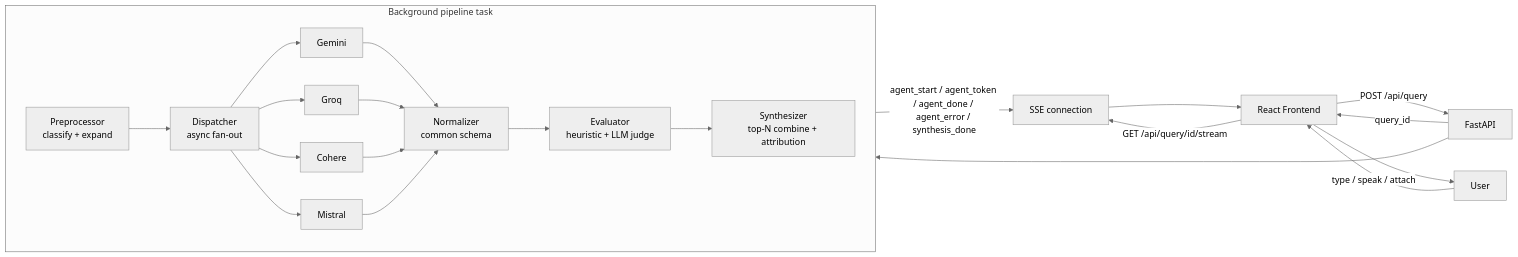
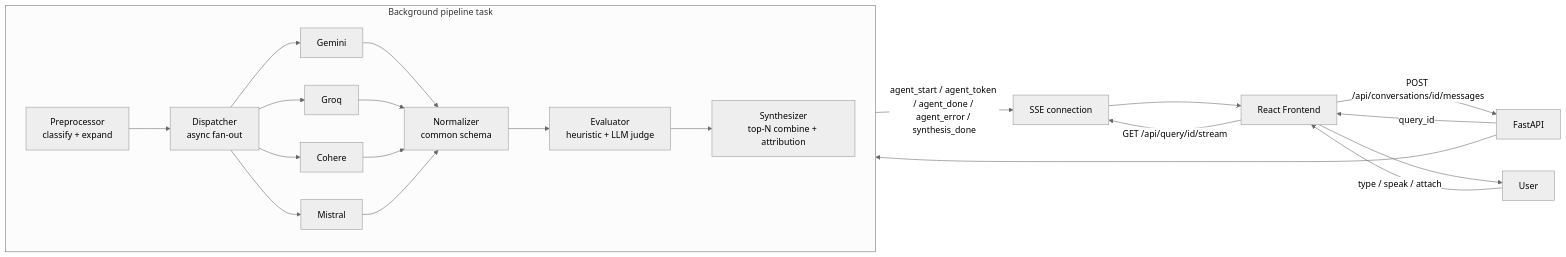
One commit to kamil-ctr/multi-agent-orchestrator changed the diagram in README.md. Above: the diagram before and after it, drawn with Mermaid (neutral theme). The commit also changed other lines of this file and 16 other files, not shown here.

````diff
--- a/README.md
+++ b/README.md
@@ -54,24 +55,24 @@
 ```mermaid
 flowchart LR
     U[User] -->|type / speak / attach| FE[React Frontend]
-    FE -->|POST /api/query| API[FastAPI]
+    FE -->|POST /api/conversations/id/messages| API[FastAPI]
     API -->|query_id| FE
     FE -->|GET /api/query/id/stream| SSE[SSE connection]
 
     subgraph Pipeline["Background pipeline task"]
         direction LR
         PP[Preprocessor\nclassify + expand] --> DISP[Dispatcher\nasync fan-out]
         DISP --> A1[Gemini]
         DISP --> A2[Groq]
         DISP --> A3[Cohere]
         DISP --> A4[Mistral]
         A1 & A2 & A3 & A4 --> NORM[Normalizer\ncommon schema]
         NORM --> EVAL[Evaluator\nheuristic + LLM judge]
         EVAL --> SYNTH[Synthesizer\ntop-N combine + attribution]
     end
 
     API --> Pipeline
     Pipeline -->|agent_start / agent_token / agent_done / agent_error / synthesis_done| SSE
     SSE --> FE
     FE --> U
 ```
````
